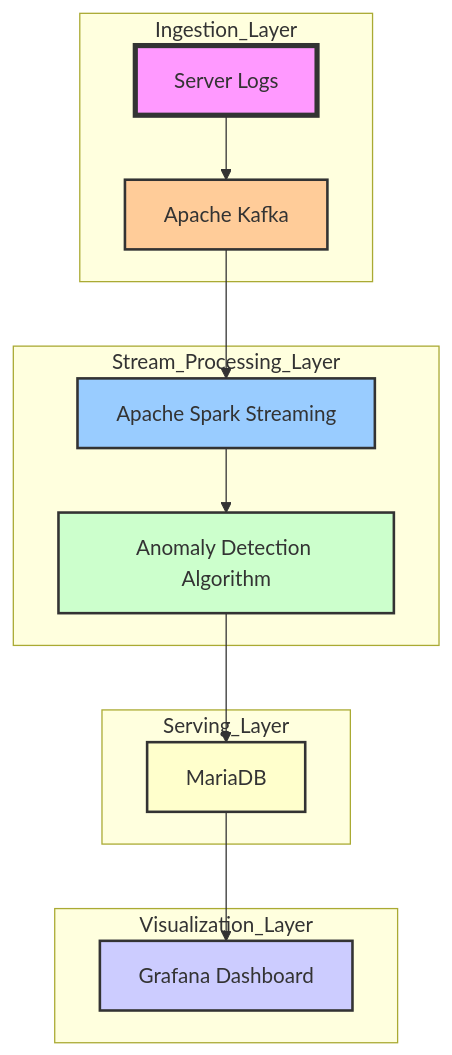
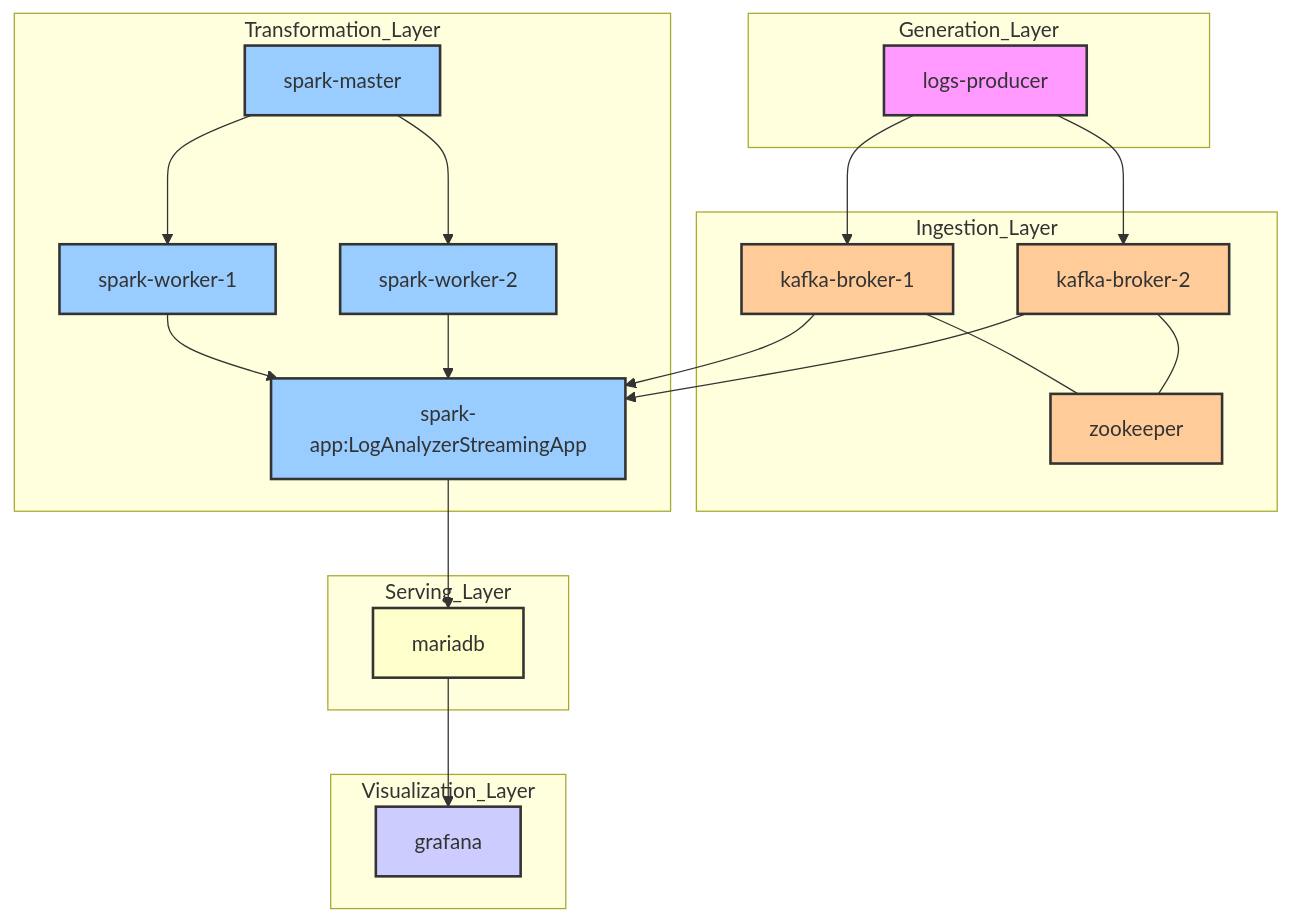
The diagram in README.md (SchierleLukas/big-data-engineering), drawn with Mermaid before and after one commit. The commit also changed other lines of this file and 9 other files, not shown here.

Commit message:
feat: refactor project structure; add logs producer and remove unused components

````diff
--- a/README.md
+++ b/README.md
@@ -14,26 +15,50 @@
 ```mermaid
 graph TD
-    subgraph Ingestion_Layer
-        A[Server Logs] --> B[Apache Kafka]
+    subgraph Generation_Layer
+        A[logs-producer]
     end
 
-    subgraph Stream_Processing_Layer
-        B --> C[Apache Spark Streaming]
-        C --> D[Anomaly Detection Algorithm]
+    subgraph Ingestion_Layer
+        B1[kafka-broker-1]
+        B2[kafka-broker-2]
+        Z[zookeeper]
+        A --> B1
+        A --> B2
+        B1 --- Z
+        B2 --- Z
+    end
+
+    subgraph Transformation_Layer
+        M1[spark-master]
+        W1[spark-worker-1]
+        W2[spark-worker-2]
+        C[spark-app:LogAnalyzerStreamingApp]
+        M1 --> W1
+        M1 --> W2
+        W1 --> C
+        W2 --> C
+        B1 --> C
+        B2 --> C
     end
 
     subgraph Serving_Layer
-        D --> E[MariaDB]
+        M[mariadb]
+        C --> M
     end
 
     subgraph Visualization_Layer
-        E --> F[Grafana Dashboard]
+        G[grafana]
+        M --> G
     end
 
-    style A fill:#f9f,stroke:#333,stroke-width:4px
-    style B fill:#fc9,stroke:#333,stroke-width:2px
+    style A fill:#f9f,stroke:#333,stroke-width:2px
+    style B1 fill:#fc9,stroke:#333,stroke-width:2px
+    style B2 fill:#fc9,stroke:#333,stroke-width:2px
+    style Z fill:#fc9,stroke:#333,stroke-width:2px
     style C fill:#9cf,stroke:#333,stroke-width:2px
-    style D fill:#cfc,stroke:#333,stroke-width:2px
-    style E fill:#ffc,stroke:#333,stroke-width:2px
-    style F fill:#ccf,stroke:#333,stroke-width:2px
+    style M fill:#ffc,stroke:#333,stroke-width:2px
+    style G fill:#ccf,stroke:#333,stroke-width:2px
+    style M1 fill:#9cf,stroke:#333,stroke-width:2px
+    style W1 fill:#9cf,stroke:#333,stroke-width:2px
+    style W2 fill:#9cf,stroke:#333,stroke-width:2px
 ```
````
